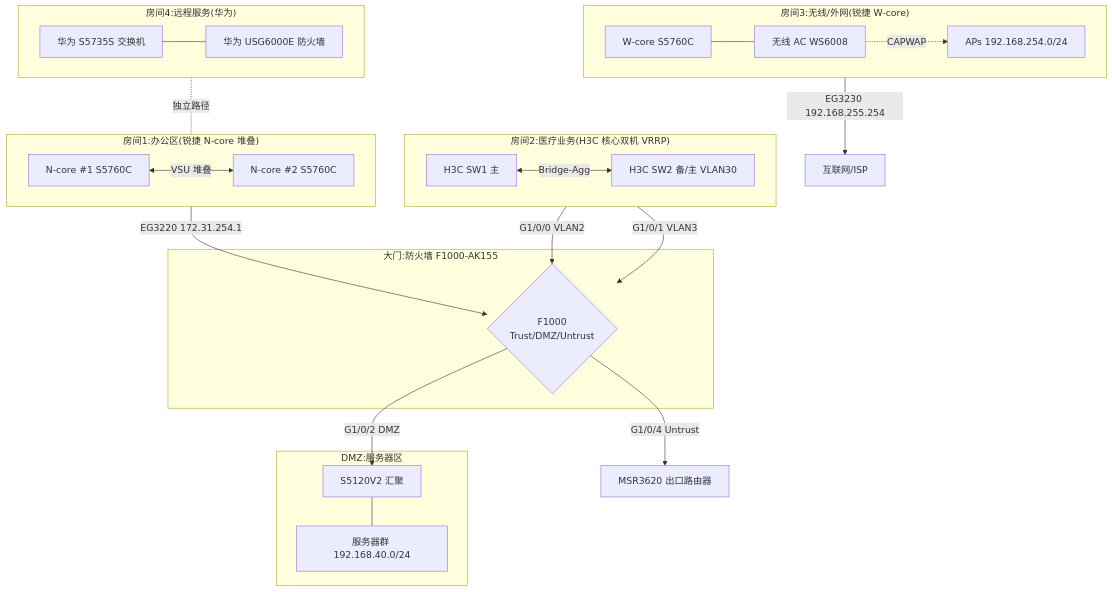
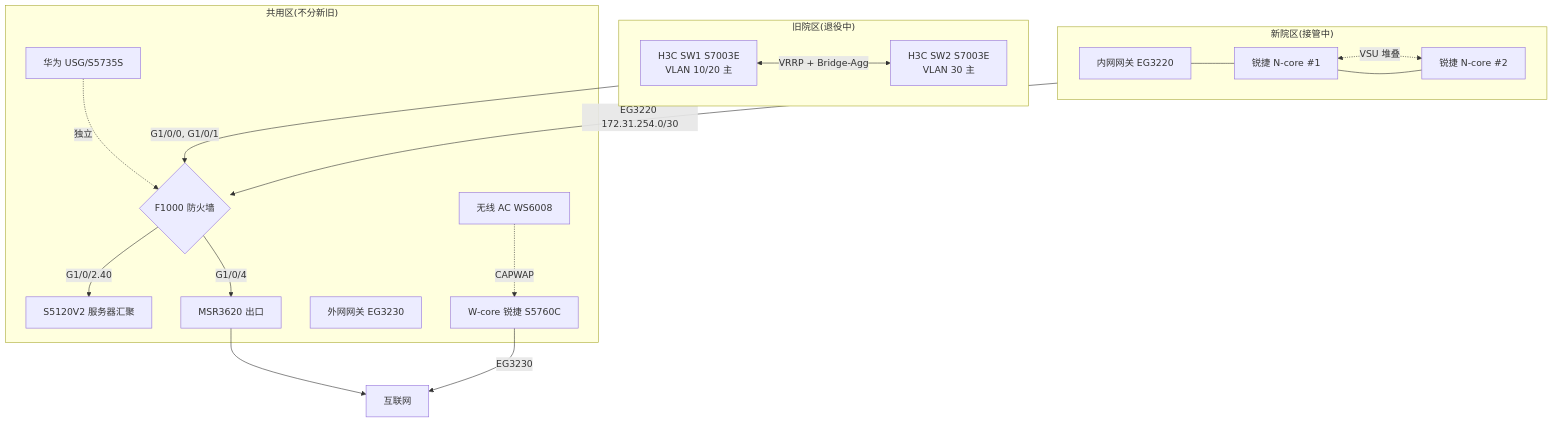
Before and after one commit to Hua-Jia1/HackByJL: the diagram in 网络架构梳理笔记/01-现状架构.md, drawn with Mermaid. The commit also changed other lines of this file, not shown here.

````diff
--- a/网络架构梳理笔记/01-现状架构.md
+++ b/网络架构梳理笔记/01-现状架构.md
@@ -174,46 +255,36 @@
 ```mermaid
 graph TB
-    subgraph ROOM1["房间1:办公区(锐捷 N-core 堆叠)"]
-        N1[N-core #1 S5760C]
-        N2[N-core #2 S5760C]
-        N1 <-->|VSU 堆叠| N2
+    subgraph OLD["旧院区(退役中)"]
+        H1[H3C SW1 S7003E<br/>VLAN 10/20 主]
+        H2[H3C SW2 S7003E<br/>VLAN 30 主]
+        H1 <-->|VRRP + Bridge-Agg| H2
     end
 
-    subgraph ROOM2["房间2:医疗业务(H3C 核心双机 VRRP)"]
-        SW1[H3C SW1 主]
-        SW2[H3C SW2 备/主 VLAN30]
-        SW1 <-->|Bridge-Agg| SW2
+    subgraph NEW["新院区(接管中)"]
+        N1[锐捷 N-core #1]
+        N2[锐捷 N-core #2]
+        N1 <-.VSU 堆叠.-> N2
+        EG3K[内网网关 EG3220]
+        N1 --- N2
+        EG3K --- N1
     end
 
-    subgraph ROOM3["房间3:无线/外网(锐捷 W-core)"]
-        W[W-core S5760C]
+    subgraph COMMON["共用区(不分新旧)"]
+        FW{F1000 防火墙}
+        S5[S5120V2 服务器汇聚]
+        WCORE[W-core 锐捷 S5760C]
         AC[无线 AC WS6008]
-        AP[APs 192.168.254.0/24]
-        W --- AC
-        AC -.CAPWAP.-> AP
+        EG33[外网网关 EG3230]
+        HW[华为 USG/S5735S]
+        MSR[MSR3620 出口]
     end
 
-    subgraph ROOM4["房间4:远程服务(华为)"]
-        HW1[华为 S5735S 交换机]
-        HW2[华为 USG6000E 防火墙]
-        HW1 --- HW2
-    end
-
-    subgraph GATE["大门:防火墙 F1000-AK155"]
-        FW{F1000<br/>Trust/DMZ/Untrust}
-    end
-
-    subgraph SERVER["DMZ:服务器区"]
-        S5120[S5120V2 汇聚]
-        HIS[服务器群 192.168.40.0/24]
-        S5120 --- HIS
-    end
-
-    ROOM1 -->|EG3220 172.31.254.1| FW
-    ROOM2 -->|G1/0/0 VLAN2| FW
-    ROOM2 -->|G1/0/1 VLAN3| FW
-    FW -->|G1/0/2 DMZ| S5120
-    FW -->|G1/0/4 Untrust| MSR[MSR3620 出口路由器]
-    ROOM3 -->|EG3230 192.168.255.254| ISP[互联网/ISP]
-    ROOM4 -.独立路径.- ROOM1
+    OLD -->|G1/0/0, G1/0/1| FW
+    NEW -->|EG3220 172.31.254.0/30| FW
+    FW -->|G1/0/2.40| S5
+    FW -->|G1/0/4| MSR
+    MSR --> ISP[互联网]
+    WCORE -->|EG3230| ISP
+    AC -.CAPWAP.-> WCORE
+    HW -.独立.-> FW
 ```
````
